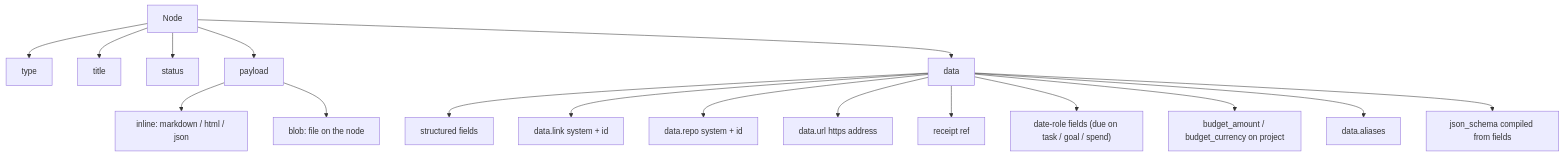
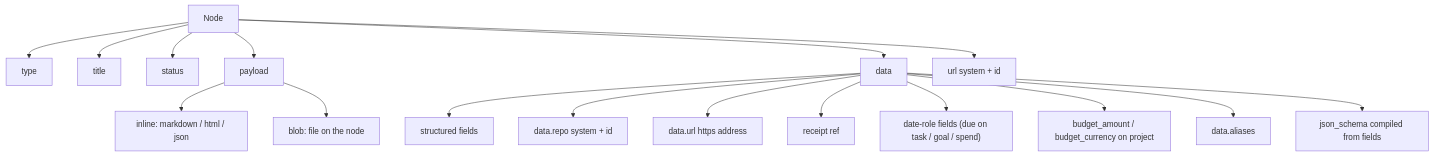
Before and after one commit to dgraziosi/foundation: the third of 11 diagrams in docs/ARCHITECTURE.md, drawn with Mermaid. The commit also changed other lines of this file and 33 other files, not shown here.

First line of the commit message:
Search url and repo are the live filters; link is the edge verb

````diff
--- a/docs/ARCHITECTURE.md
+++ b/docs/ARCHITECTURE.md
@@ -64,22 +64,22 @@
 ```mermaid
 flowchart TB
   node_box["Node"]
   node_box --> node_type["type"]
   node_box --> node_title["title"]
   node_box --> node_status["status"]
   node_box --> node_payload["payload"]
   node_box --> node_data["data"]
 
   node_payload --> inline["inline: markdown / html / json"]
   node_payload --> blob_on_node["blob: file on the node"]
 
+  node_box --> url_id["url system + id"]
   node_data --> structured["structured fields"]
-  node_data --> link["data.link system + id"]
   node_data --> repo["data.repo system + id"]
-  node_data --> url["data.url https address"]
+  node_data --> url_href["data.url https address"]
   node_data --> receipt["receipt ref"]
   node_data --> due["date-role fields (due on task / goal / spend)"]
   node_data --> budget["budget_amount / budget_currency on project"]
   node_data --> aliases["data.aliases"]
   node_data --> schema["json_schema compiled from fields"]
 ```
````
